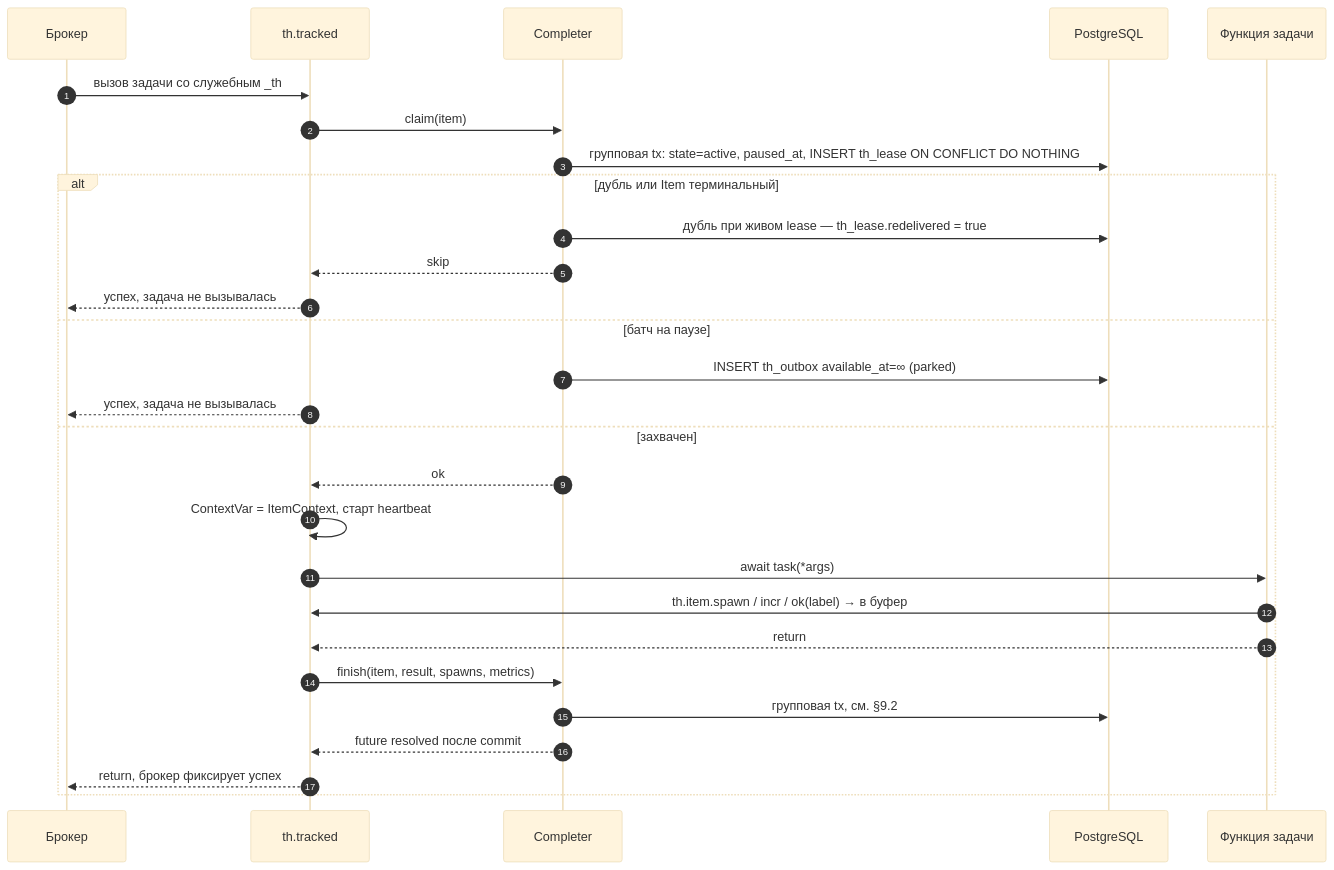
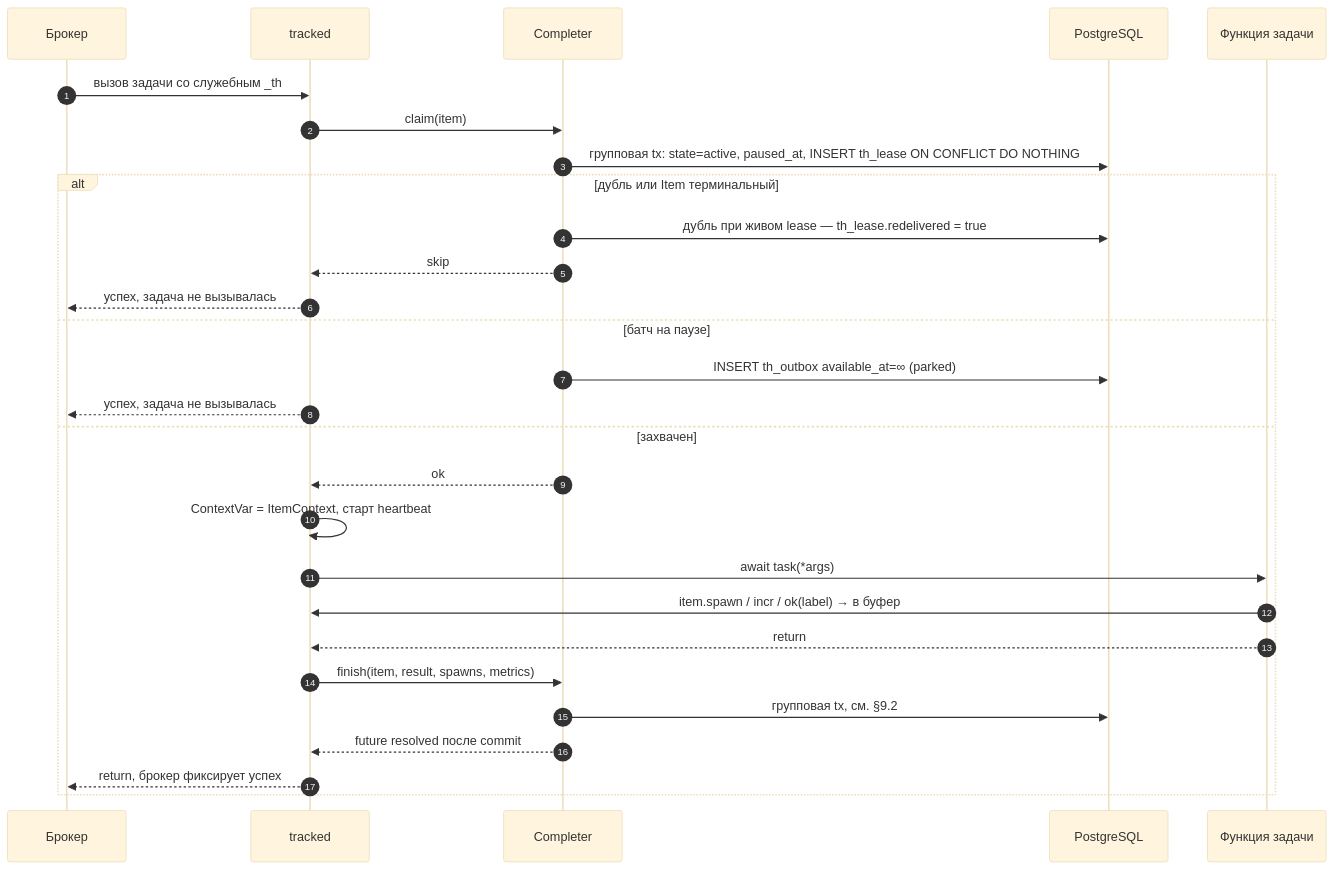
Diagram 15 of 40 in docs/ARCHITECTURE.md (0cherednoq/Tallyho), drawn with Mermaid (base theme) before and after one commit. The commit also changed other lines of this file, not shown here.

First line of the commit message:
Fix-13: ARCHITECTURE — публичный API задачи и потоковое добавление

````diff
--- a/docs/ARCHITECTURE.md
+++ b/docs/ARCHITECTURE.md
@@ -949,31 +957,31 @@
 ```mermaid
 sequenceDiagram
     autonumber
     participant B as Брокер
-    participant MW as th.tracked
+    participant MW as tracked
     participant C as Completer
     participant DB as PostgreSQL
     participant T as Функция задачи
 
     B->>MW: вызов задачи со служебным _th
     MW->>C: claim(item)
     C->>DB: групповая tx: state=active, paused_at, INSERT th_lease ON CONFLICT DO NOTHING
     alt дубль или Item терминальный
         C->>DB: дубль при живом lease — th_lease.redelivered = true
         C-->>MW: skip
         MW-->>B: успех, задача не вызывалась
     else батч на паузе
         C->>DB: INSERT th_outbox available_at=∞ (parked)
         MW-->>B: успех, задача не вызывалась
     else захвачен
         C-->>MW: ok
         MW->>MW: ContextVar = ItemContext, старт heartbeat
         MW->>T: await task(*args)
-        T->>MW: th.item.spawn / incr / ok(label) → в буфер
+        T->>MW: item.spawn / incr / ok(label) → в буфер
         T-->>MW: return
         MW->>C: finish(item, result, spawns, metrics)
         C->>DB: групповая tx, см. §9.2
         C-->>MW: future resolved после commit
         MW-->>B: return, брокер фиксирует успех
     end
 ```
````
